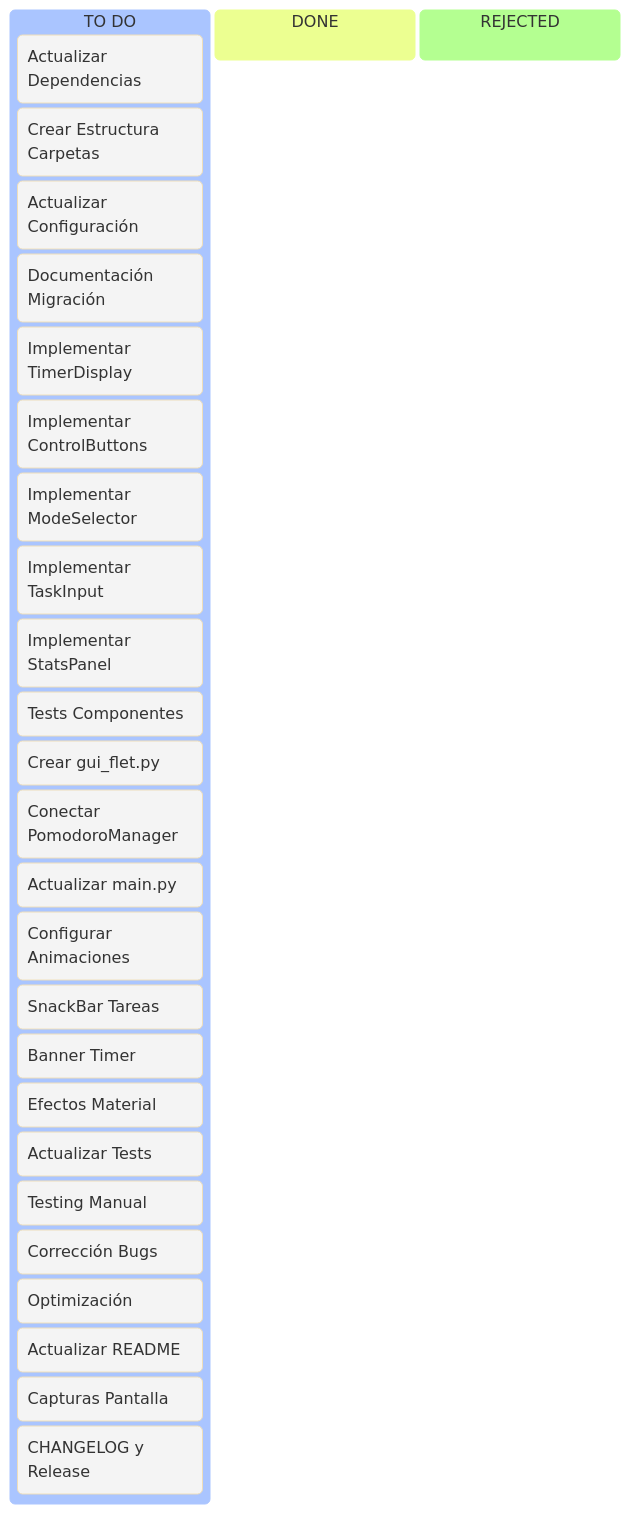
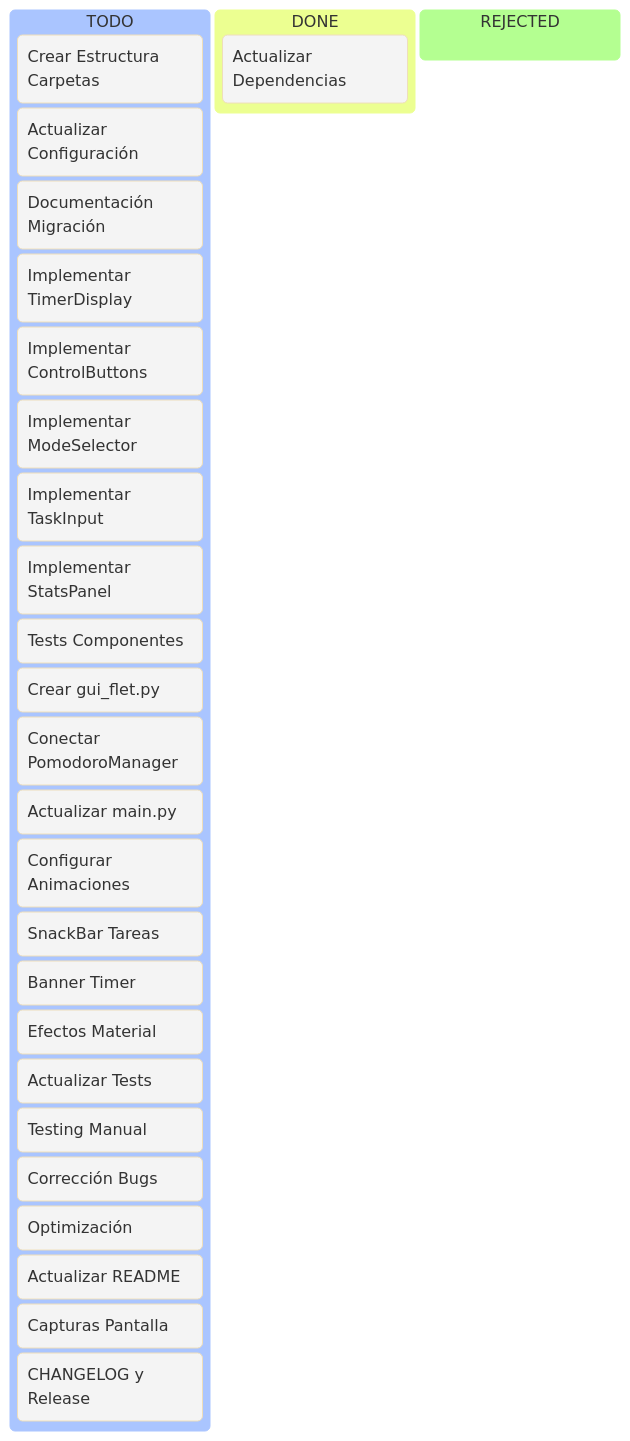
Before and after one commit to FROSADO/pomodoro-py: the diagram in docs/specs-by-version/PLAN_v0.2_es.md, drawn with Mermaid. The commit also changed other lines of this file and 3 other files, not shown here.

````diff
--- a/docs/specs-by-version/PLAN_v0.2_es.md
+++ b/docs/specs-by-version/PLAN_v0.2_es.md
@@ -19,31 +19,31 @@
 ```mermaid
 %%{init: {'theme':'base'}}%%
 kanban
-  TO DO
-    [Actualizar Dependencias]
+  TODO
     [Crear Estructura Carpetas]
     [Actualizar Configuración]
     [Documentación Migración]
     [Implementar TimerDisplay]
     [Implementar ControlButtons]
     [Implementar ModeSelector]
     [Implementar TaskInput]
     [Implementar StatsPanel]
     [Tests Componentes]
     [Crear gui_flet.py]
     [Conectar PomodoroManager]
     [Actualizar main.py]
     [Configurar Animaciones]
     [SnackBar Tareas]
     [Banner Timer]
     [Efectos Material]
     [Actualizar Tests]
     [Testing Manual]
     [Corrección Bugs]
     [Optimización]
     [Actualizar README]
     [Capturas Pantalla]
     [CHANGELOG y Release]
   DONE
+    [Actualizar Dependencias]
   REJECTED
 ```
````
